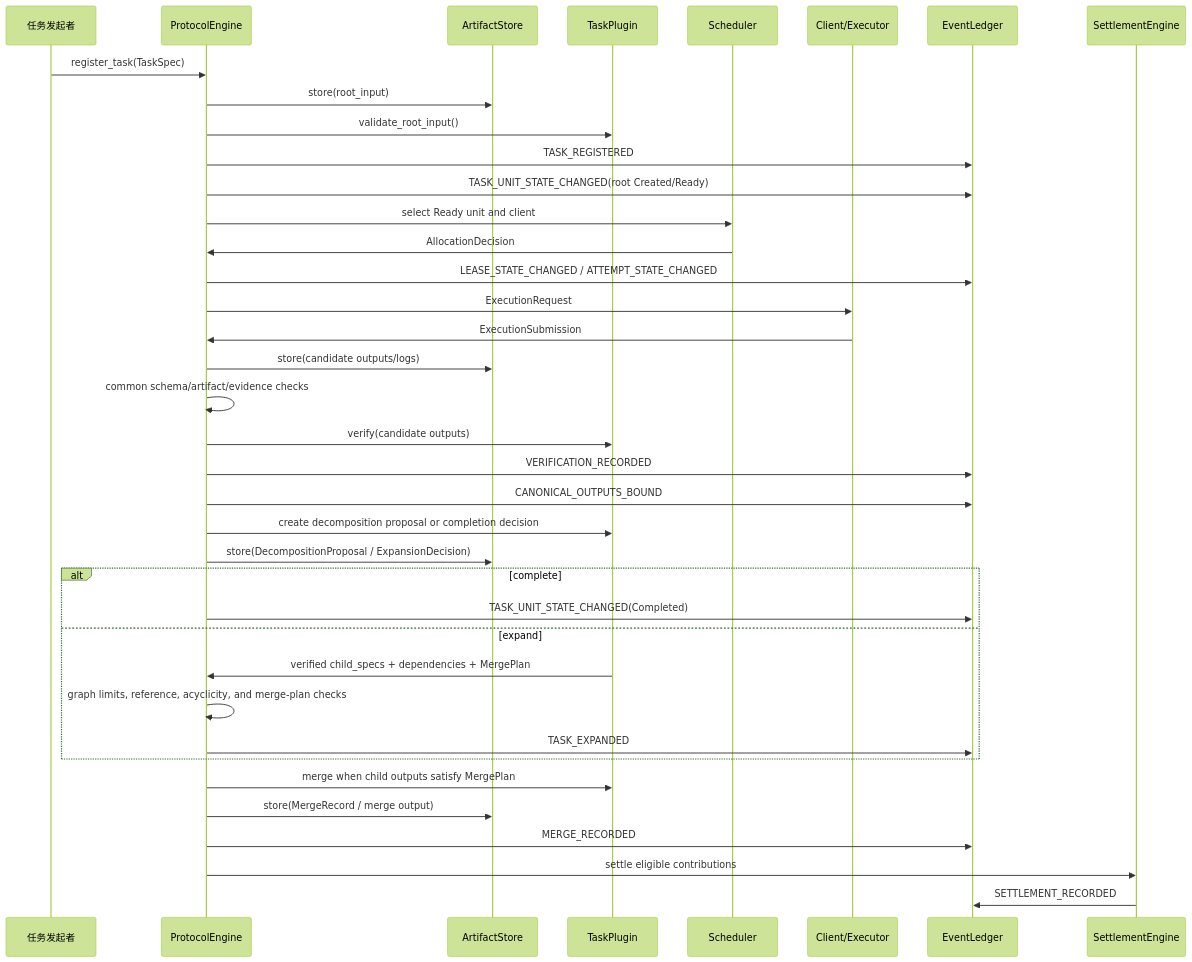
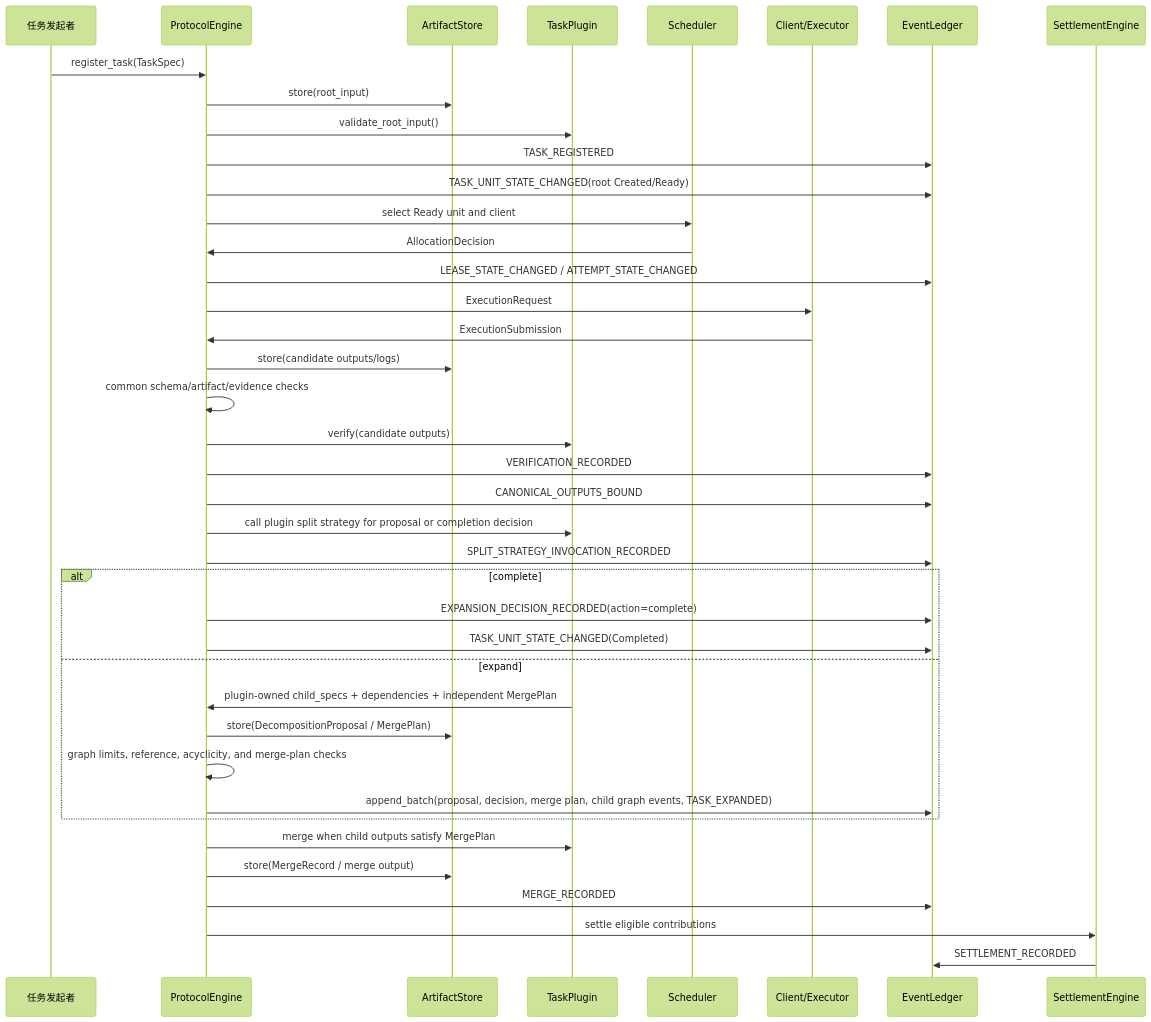
The second of 2 diagrams in Doc/TechnicalDocument/2026-06-03-tokenshare-protocol-technical-design.md (BriasedTu/TokenShare), drawn with Mermaid (forest theme) before and after one commit. The commit also changed other lines of this file and 41 other files, not shown here.

````diff
--- a/Doc/TechnicalDocument/2026-06-03-tokenshare-protocol-technical-design.md
+++ b/Doc/TechnicalDocument/2026-06-03-tokenshare-protocol-technical-design.md
@@ -287,41 +297,43 @@
 ```mermaid
 sequenceDiagram
     participant U as 任务发起者
     participant E as ProtocolEngine
     participant A as ArtifactStore
     participant P as TaskPlugin
     participant S as Scheduler
     participant C as Client/Executor
     participant L as EventLedger
     participant M as SettlementEngine
 
     U->>E: register_task(TaskSpec)
     E->>A: store(root_input)
     E->>P: validate_root_input()
     E->>L: TASK_REGISTERED
     E->>L: TASK_UNIT_STATE_CHANGED(root Created/Ready)
     E->>S: select Ready unit and client
     S->>E: AllocationDecision
     E->>L: LEASE_STATE_CHANGED / ATTEMPT_STATE_CHANGED
     E->>C: ExecutionRequest
     C->>E: ExecutionSubmission
     E->>A: store(candidate outputs/logs)
     E->>E: common schema/artifact/evidence checks
     E->>P: verify(candidate outputs)
     E->>L: VERIFICATION_RECORDED
     E->>L: CANONICAL_OUTPUTS_BOUND
-    E->>P: create decomposition proposal or completion decision
-    E->>A: store(DecompositionProposal / ExpansionDecision)
+    E->>P: call plugin split strategy for proposal or completion decision
+    E->>L: SPLIT_STRATEGY_INVOCATION_RECORDED
     alt complete
+        E->>L: EXPANSION_DECISION_RECORDED(action=complete)
         E->>L: TASK_UNIT_STATE_CHANGED(Completed)
     else expand
-        P->>E: verified child_specs + dependencies + MergePlan
+        P->>E: plugin-owned child_specs + dependencies + independent MergePlan
+        E->>A: store(DecompositionProposal / MergePlan)
         E->>E: graph limits, reference, acyclicity, and merge-plan checks
-        E->>L: TASK_EXPANDED
+        E->>L: append_batch(proposal, decision, merge plan, child graph events, TASK_EXPANDED)
     end
     E->>P: merge when child outputs satisfy MergePlan
     E->>A: store(MergeRecord / merge output)
     E->>L: MERGE_RECORDED
     E->>M: settle eligible contributions
     M->>L: SETTLEMENT_RECORDED
 ```
````
